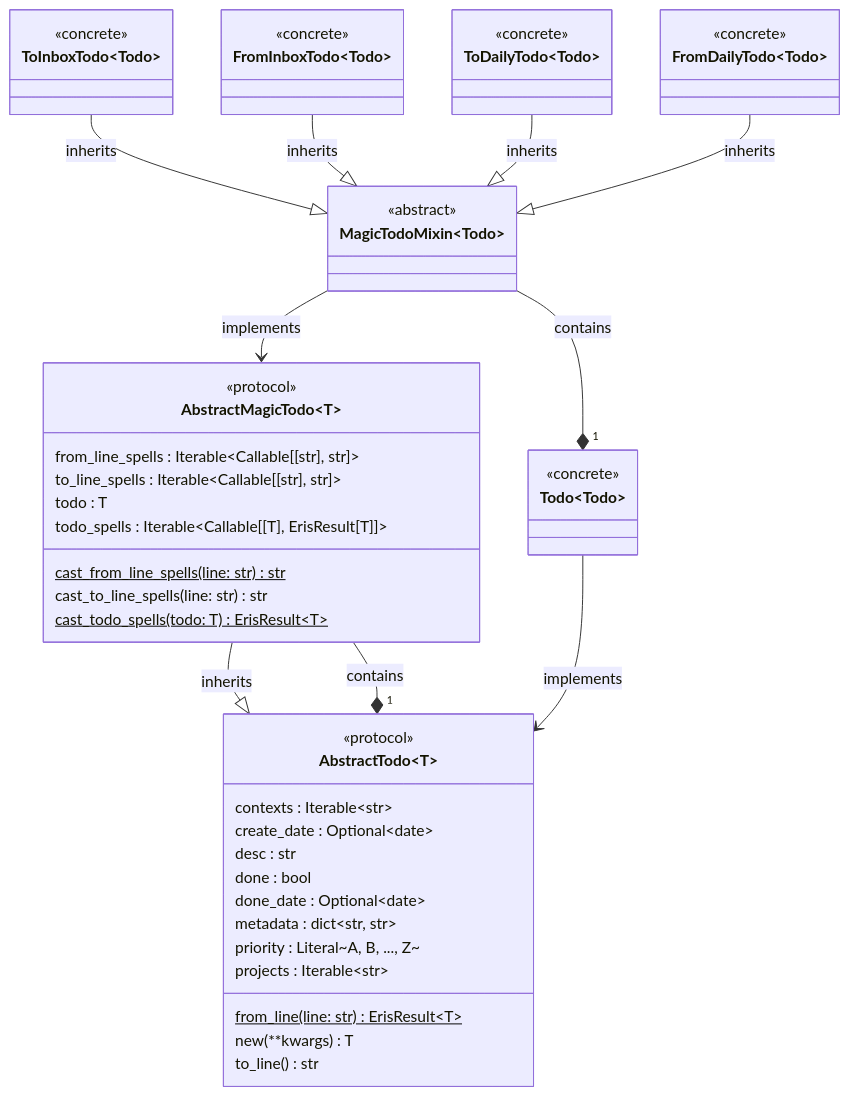
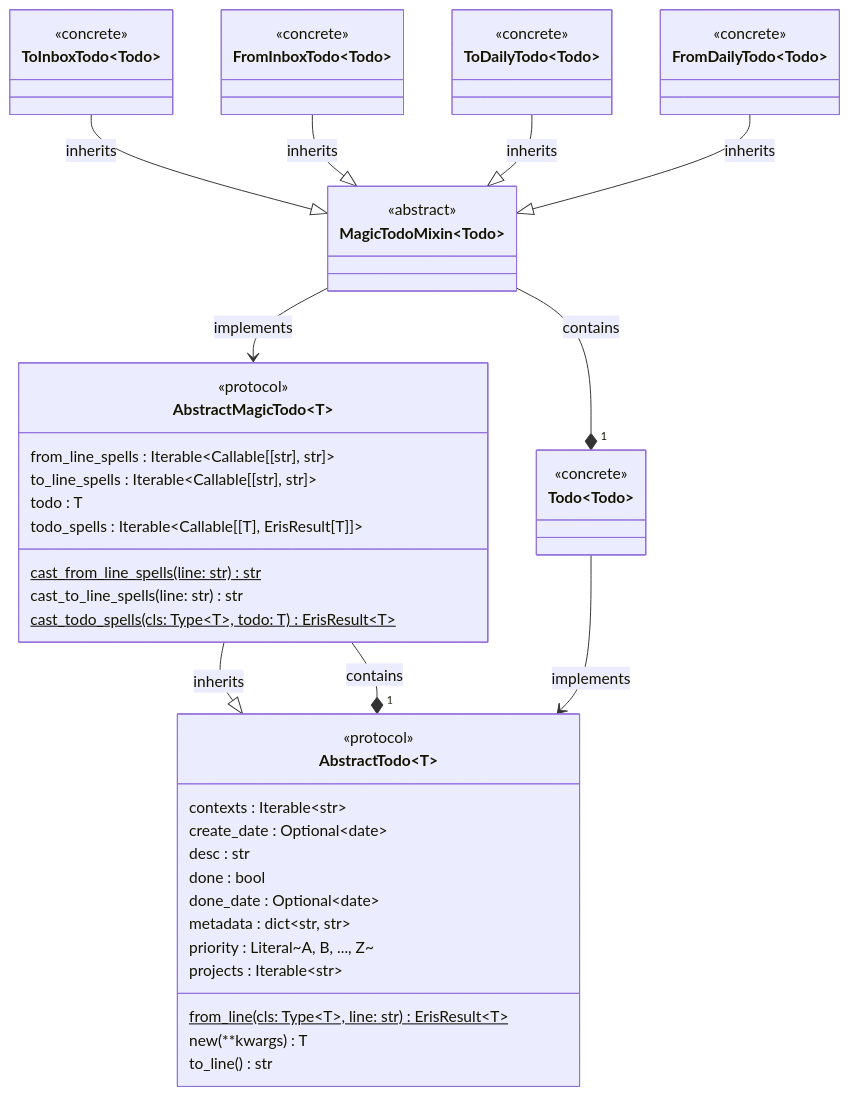
Before and after one commit to bbugyi200/greatday: the second of 3 diagrams in docs/design/design.template.md, drawn with Mermaid. The commit also changed other lines of this file and 5 other files, not shown here.

Commit message:
Cleanup design diagrams

````diff
--- a/docs/design/design.template.md
+++ b/docs/design/design.template.md
@@ -72,66 +73,66 @@
 ```mermaid
 classDiagram
     class AbstractTodo~T~ {
         <<protocol>>
 
         contexts : Iterable~str~
         create_date : Optional~date~
         desc : str
         done : bool
         done_date : Optional~date~
         metadata : dict~str, str~
         priority : Literal~A, B, ..., Z~
         projects : Iterable~str~
 
-        from_line(line: str)$ ErisResult~T~
+        from_line(cls: Type~T~, line: str)$ ErisResult~T~
         new(**kwargs) T
         to_line() str
     }
 
     class Todo~Todo~ {
         <<concrete>>
     }
 
     class AbstractMagicTodo~T~ {
         <<protocol>>
 
         from_line_spells : Iterable~Callable[[str], str]~
         to_line_spells : Iterable~Callable[[str], str]~
         todo : T
         todo_spells : Iterable~Callable[[T], ErisResult[T]]~
 
         cast_from_line_spells(line: str)$ str
         cast_to_line_spells(line: str) str
-        cast_todo_spells(todo: T)$ ErisResult~T~
+        cast_todo_spells(cls: Type~T~, todo: T)$ ErisResult~T~
     }
 
     class MagicTodoMixin~Todo~ {
         <<abstract>>
     }
 
     class ToInboxTodo~Todo~ {
         <<concrete>>
     }
 
     class FromInboxTodo~Todo~ {
         <<concrete>>
     }
 
     class ToDailyTodo~Todo~ {
         <<concrete>>
     }
 
     class FromDailyTodo~Todo~ {
         <<concrete>>
     }
 
     AbstractMagicTodo --|> AbstractTodo: inherits
     AbstractMagicTodo --* "1" AbstractTodo: contains
     Todo --> AbstractTodo: implements
     MagicTodoMixin --> AbstractMagicTodo: implements
     MagicTodoMixin --* "1" Todo: contains
     ToInboxTodo --|> MagicTodoMixin: inherits
     FromInboxTodo --|> MagicTodoMixin: inherits
     ToDailyTodo --|> MagicTodoMixin: inherits
     FromDailyTodo --|> MagicTodoMixin: inherits
 ```
````
